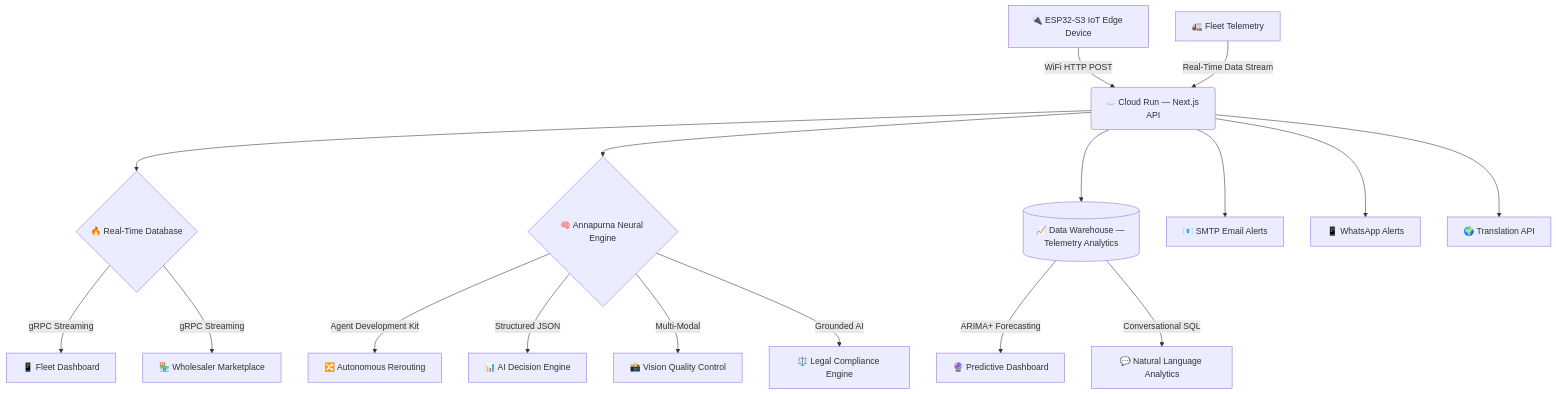
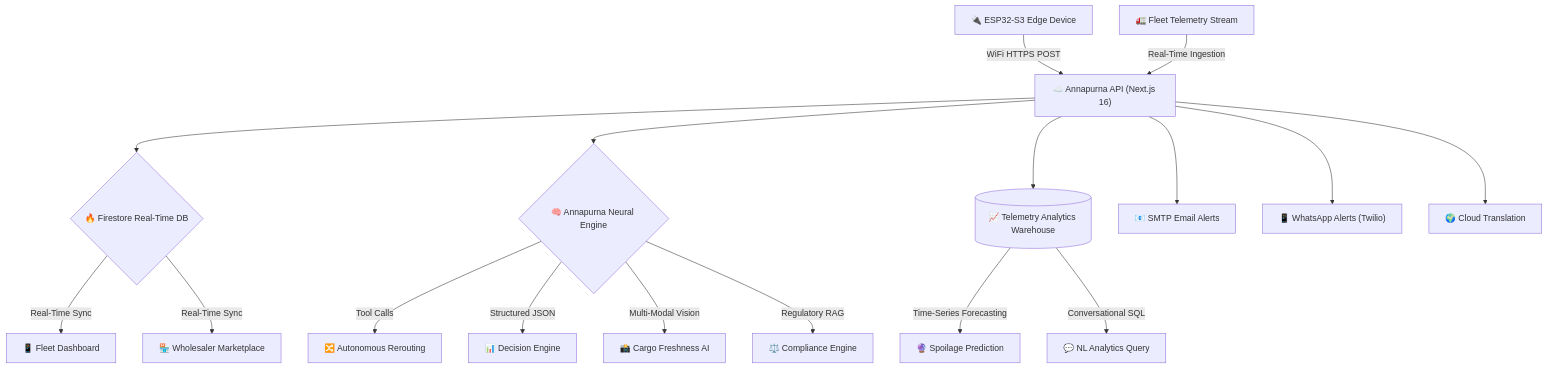
The diagram in README.md (Kenkei69/Annapurna), drawn with Mermaid before and after one commit. The commit also changed other lines of this file and 34 other files, not shown here.

````diff
--- a/README.md
+++ b/README.md
@@ -206,19 +152,19 @@
 ```mermaid
 graph TD
-    Z[🔌 ESP32-S3 IoT Edge Device] -->|WiFi HTTP POST| B
-    A[🚛 Fleet Telemetry] -->|Real-Time Data Stream| B(☁️ Cloud Run — Next.js API)
-    B --> C{🔥 Real-Time Database}
-    C -->|gRPC Streaming| D[📱 Fleet Dashboard]
-    C -->|gRPC Streaming| E[🏪 Wholesaler Marketplace]
-    B --> F{🧠 Annapurna Neural Engine}
-    F -->|Agent Development Kit| G[🔀 Autonomous Rerouting]
-    F -->|Structured JSON| H[📊 AI Decision Engine]
-    F -->|Multi-Modal| I[📸 Vision Quality Control]
-    B --> J[(📈 Data Warehouse — Telemetry Analytics)]
-    J -->|ARIMA+ Forecasting| K[🔮 Predictive Dashboard]
-    J -->|Conversational SQL| L[💬 Natural Language Analytics]
-    B --> M[📧 SMTP Email Alerts]
-    B --> P[📱 WhatsApp Alerts]
-    B --> N[🌍 Translation API]
-    F -->|Grounded AI| O[⚖️ Legal Compliance Engine]
+    Z["🔌 ESP32-S3 Edge Device"] -->|WiFi HTTPS POST| B
+    A["🚛 Fleet Telemetry Stream"] -->|Real-Time Ingestion| B["☁️ Annapurna API (Next.js 16)"]
+    B --> C{"🔥 Firestore Real-Time DB"}
+    C -->|Real-Time Sync| D["📱 Fleet Dashboard"]
+    C -->|Real-Time Sync| E["🏪 Wholesaler Marketplace"]
+    B --> F{"🧠 Annapurna Neural Engine"}
+    F -->|Tool Calls| G["🔀 Autonomous Rerouting"]
+    F -->|Structured JSON| H["📊 Decision Engine"]
+    F -->|Multi-Modal Vision| I["📸 Cargo Freshness AI"]
+    B --> J[("📈 Telemetry Analytics Warehouse")]
+    J -->|Time-Series Forecasting| K["🔮 Spoilage Prediction"]
+    J -->|Conversational SQL| L["💬 NL Analytics Query"]
+    B --> M["📧 SMTP Email Alerts"]
+    B --> P["📱 WhatsApp Alerts (Twilio)"]
+    B --> N["🌍 Cloud Translation"]
+    F -->|Regulatory RAG| O["⚖️ Compliance Engine"]
 ```
````
